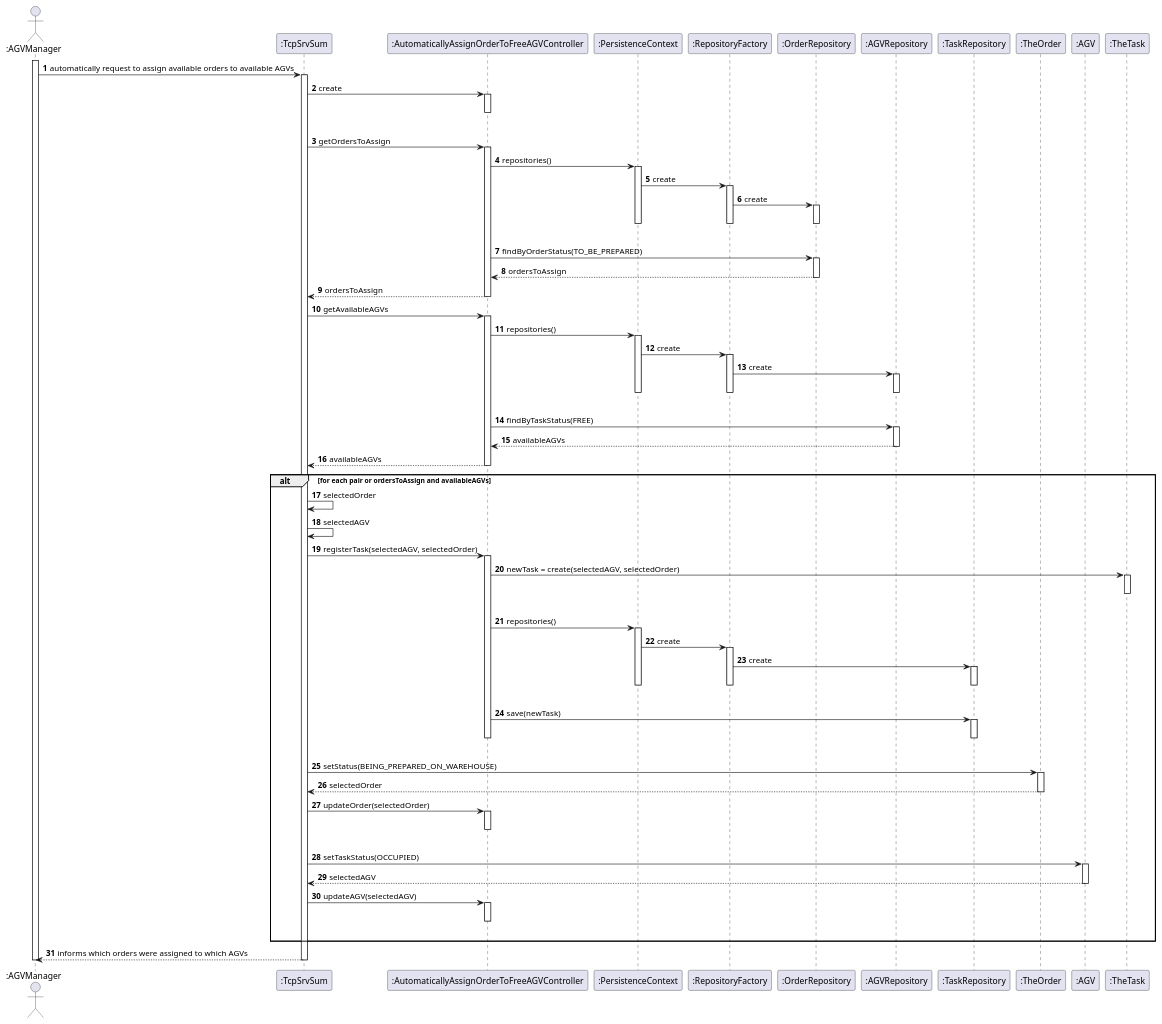
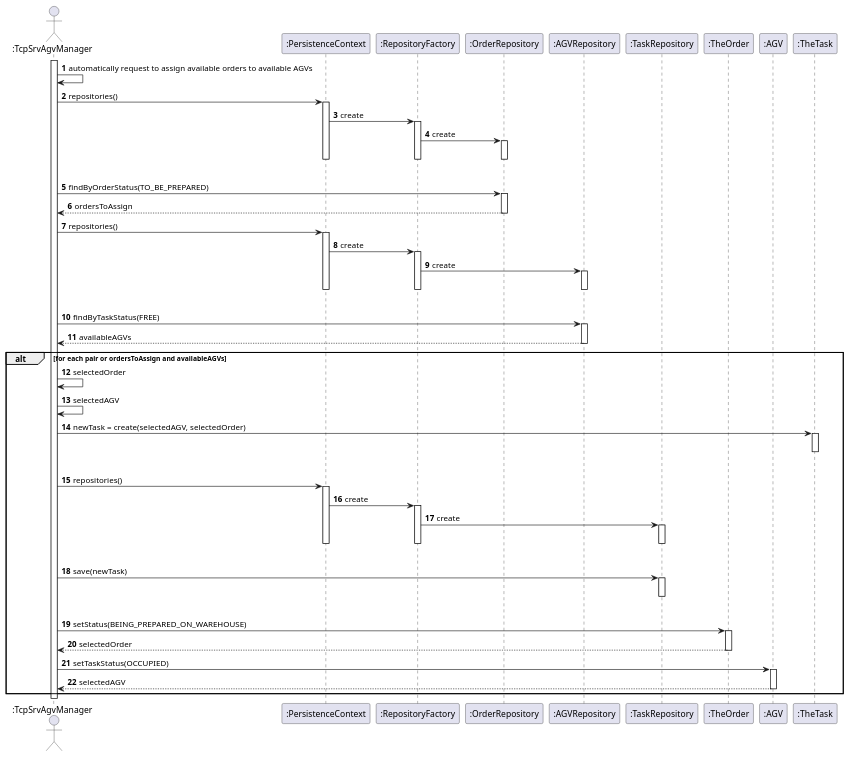
One commit to ana-albergaria/LAPR4-ISEP changed the diagram in docs/1201592/US4002/US_4002_SD.puml. Above: the diagram before and after it, drawn with PlantUML. The commit also changed 6 other files, not shown here.

Commit message:
Issue #13 - Updated AGV digital twin client and agv manager server.

```diff
--- a/docs/1201592/US4002/US_4002_SD.puml
+++ b/docs/1201592/US4002/US_4002_SD.puml
@@ -1,112 +1,83 @@
 @startuml
 'https://plantuml.com/sequence-diagram
 
 autonumber
 
-Actor ":AGVManager" as AGVM
-participant ":TcpSrvSum" as UI
-participant ":AutomaticallyAssignOrderToFreeAGVController" as CTRL
+Actor ":TcpSrvAgvManager" as AGVM
 participant ":PersistenceContext" as Persistance
 participant ":RepositoryFactory" as Factory
 participant ":OrderRepository" as OrderRep
 participant ":AGVRepository" as AGVRep
 participant ":TaskRepository" as TaskRep
 participant ":TheOrder" as ORDER
 participant ":AGV" as AGV
 participant ":TheTask" as Task
 
 activate AGVM
-AGVM -> UI : automatically request to assign available orders to available AGVs
-activate UI
-UI -> CTRL : create
-activate CTRL
-|||
-deactivate CTRL
-UI -> CTRL : getOrdersToAssign
-activate CTRL
-CTRL -> Persistance : repositories()
+AGVM -> AGVM : automatically request to assign available orders to available AGVs
+AGVM -> Persistance : repositories()
 activate Persistance
 Persistance -> Factory : create
 activate Factory
 Factory -> OrderRep : create
 activate OrderRep
 |||
 deactivate OrderRep
 deactivate Factory
 deactivate Persistance
-CTRL -> OrderRep : findByOrderStatus(TO_BE_PREPARED)
+AGVM -> OrderRep : findByOrderStatus(TO_BE_PREPARED)
 activate OrderRep
-OrderRep --> CTRL : ordersToAssign
+OrderRep --> AGVM : ordersToAssign
 deactivate OrderRep
-CTRL --> UI : ordersToAssign
-deactivate CTRL
-UI -> CTRL : getAvailableAGVs
-activate CTRL
-CTRL -> Persistance : repositories()
+AGVM -> Persistance : repositories()
 activate Persistance
 Persistance -> Factory : create
 activate Factory
 Factory -> AGVRep : create
 activate AGVRep
 |||
 deactivate AGVRep
 deactivate Factory
 deactivate Persistance
-CTRL -> AGVRep : findByTaskStatus(FREE)
+AGVM -> AGVRep : findByTaskStatus(FREE)
 activate AGVRep
-AGVRep --> CTRL : availableAGVs
+AGVRep --> AGVM : availableAGVs
 deactivate AGVRep
-CTRL --> UI : availableAGVs
-deactivate CTRL
 
 alt for each pair or ordersToAssign and availableAGVs
-UI -> UI : selectedOrder
-UI -> UI : selectedAGV
+AGVM -> AGVM : selectedOrder
+AGVM -> AGVM : selectedAGV
 
-UI -> CTRL : registerTask(selectedAGV, selectedOrder)
-activate CTRL
-CTRL -> Task : newTask = create(selectedAGV, selectedOrder)
+AGVM -> Task : newTask = create(selectedAGV, selectedOrder)
 activate Task
 |||
 deactivate Task
-CTRL -> Persistance : repositories()
+AGVM -> Persistance : repositories()
 activate Persistance
 Persistance -> Factory : create
 activate Factory
 Factory -> TaskRep : create
 activate TaskRep
 |||
 deactivate TaskRep
 deactivate Factory
 deactivate Persistance
-CTRL -> TaskRep : save(newTask)
+AGVM -> TaskRep : save(newTask)
 activate TaskRep
 |||
 deactivate TaskRep
-deactivate CTRL
 
-UI -> ORDER : setStatus(BEING_PREPARED_ON_WAREHOUSE)
+AGVM -> ORDER : setStatus(BEING_PREPARED_ON_WAREHOUSE)
 activate ORDER
-ORDER --> UI : selectedOrder
+ORDER --> AGVM : selectedOrder
 deactivate ORDER
-UI -> CTRL : updateOrder(selectedOrder)
-activate CTRL
-|||
-deactivate CTRL
-UI -> AGV : setTaskStatus(OCCUPIED)
+AGVM -> AGV : setTaskStatus(OCCUPIED)
 activate AGV
-AGV --> UI : selectedAGV
+AGV --> AGVM : selectedAGV
 deactivate AGV
-UI -> CTRL : updateAGV(selectedAGV)
-activate CTRL
-|||
-deactivate CTRL
 
 end
 
 
-UI --> AGVM : informs which orders were assigned to which AGVs
-deactivate UI
-deactivate AGVM
 
 @enduml
```
